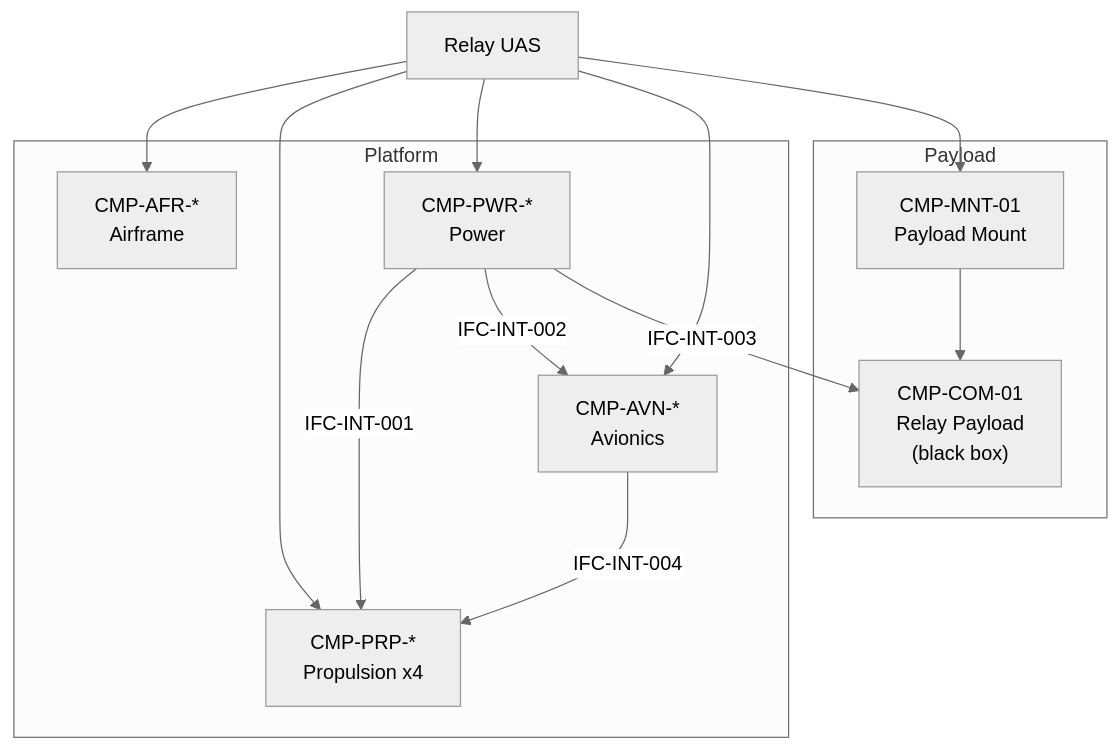
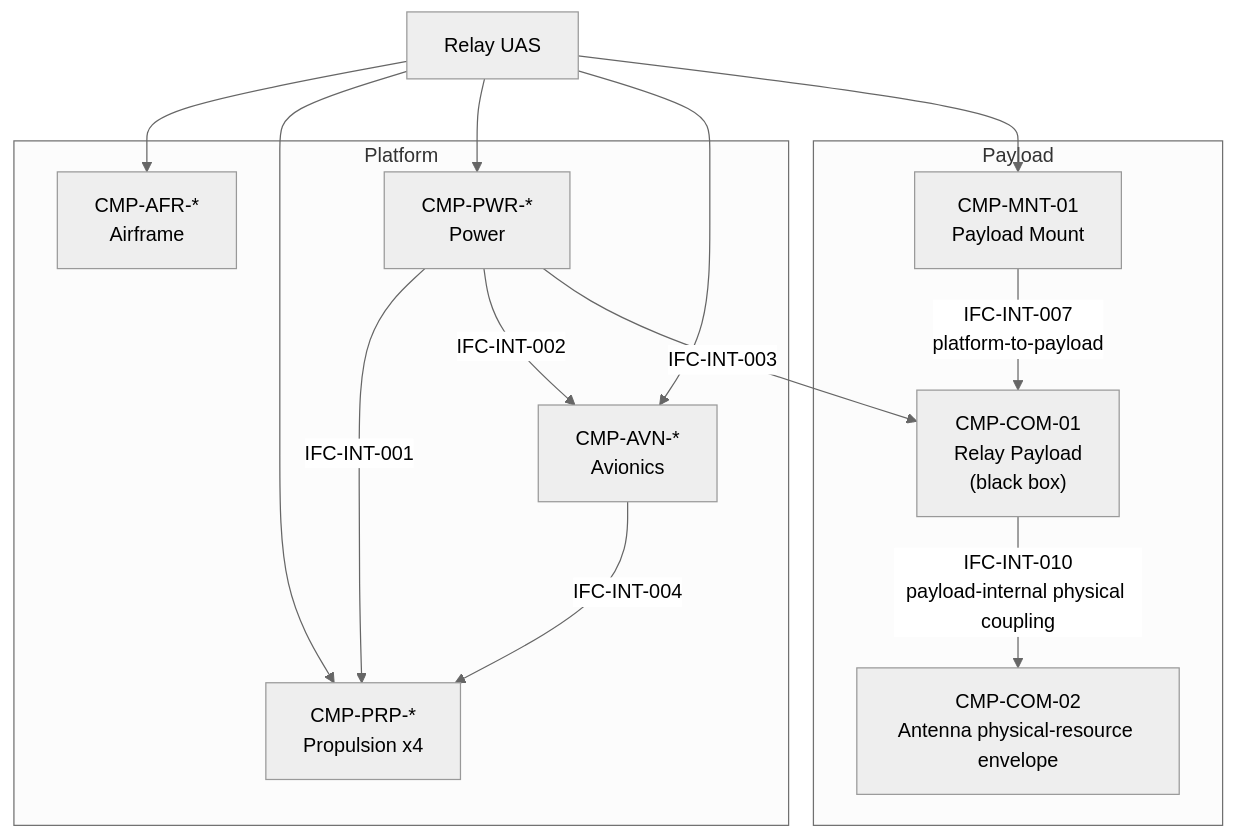
One commit to noahstephenson/low-cost-relay-uas changed the third of 3 diagrams in uaf-views.md. Above: the diagram before and after it, drawn with Mermaid (neutral theme). The commit also changed other lines of this file and 22 other files, not shown here.

Commit message:
Add architecture views and reconcile baseline model

````diff
--- a/uaf-views.md
+++ b/uaf-views.md
@@ -186,28 +198,31 @@
 ```mermaid
-graph TB
+flowchart TB
+    %% Configuration scope: summary only for CFG-REP / CFG-DOM
     SYS["Relay UAS"]
 
     subgraph PLATFORM["Platform"]
         AFR["CMP-AFR-*<br/>Airframe"]
         PRP["CMP-PRP-*<br/>Propulsion x4"]
         PWR["CMP-PWR-*<br/>Power"]
         AVN["CMP-AVN-*<br/>Avionics"]
     end
 
     subgraph PAYLOAD["Payload"]
         MNT["CMP-MNT-01<br/>Payload Mount"]
         COM["CMP-COM-01<br/>Relay Payload<br/>(black box)"]
+        ANT["CMP-COM-02<br/>Antenna physical-resource envelope"]
     end
 
     SYS --> AFR
     SYS --> PRP
     SYS --> PWR
     SYS --> AVN
     SYS --> MNT
-    MNT --> COM
+    MNT -->|IFC-INT-007<br/>platform-to-payload| COM
+    COM -->|IFC-INT-010<br/>payload-internal physical coupling| ANT
 
     PWR -->|IFC-INT-001| PRP
     PWR -->|IFC-INT-002| AVN
     PWR -->|IFC-INT-003| COM
     AVN -->|IFC-INT-004| PRP
 ```
````
